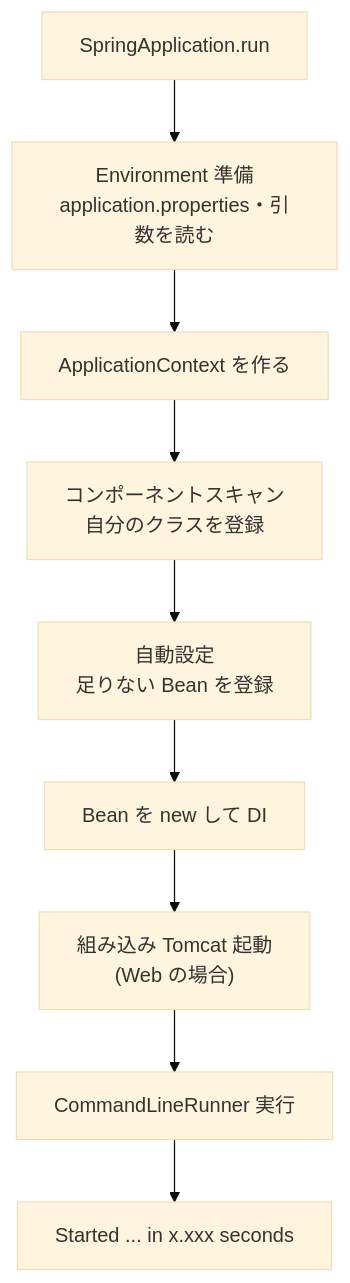
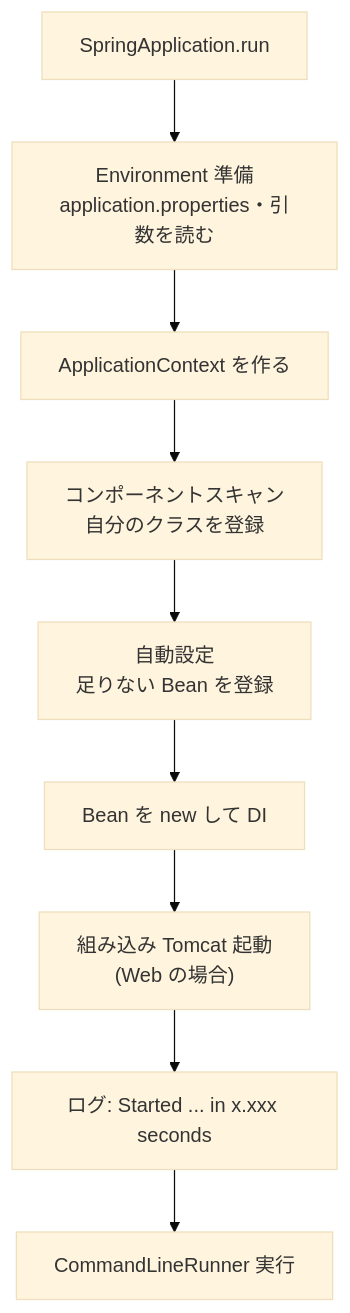
One commit to junyeol928-hash/Sayana changed the diagram in content/03-spring/01-core/02-spring-boot-startup/lesson.md. Above: the diagram before and after it, drawn with Mermaid (base theme). The commit also changed other lines of this file and 1 other file, not shown here.

Commit message:
教材(執筆途中): 下書きの途中保存
Claude-Session: https://claude.ai/code/session_01NQC7U9mNBvgLQ5QPg5x8c7

````diff
--- a/content/03-spring/01-core/02-spring-boot-startup/lesson.md
+++ b/content/03-spring/01-core/02-spring-boot-startup/lesson.md
@@ -34,11 +34,11 @@
 ```mermaid
 flowchart TD
   A["SpringApplication.run"] --> B["Environment 準備<br>application.properties・引数を読む"]
   B --> C["ApplicationContext を作る"]
   C --> D["コンポーネントスキャン<br>自分のクラスを登録"]
   D --> E["自動設定<br>足りない Bean を登録"]
   E --> F["Bean を new して DI"]
   F --> G["組み込み Tomcat 起動<br>(Web の場合)"]
-  G --> H["CommandLineRunner 実行"]
-  H --> I["Started ... in x.xxx seconds"]
+  G --> H["ログ: Started ... in x.xxx seconds"]
+  H --> I["CommandLineRunner 実行"]
 ```
````
